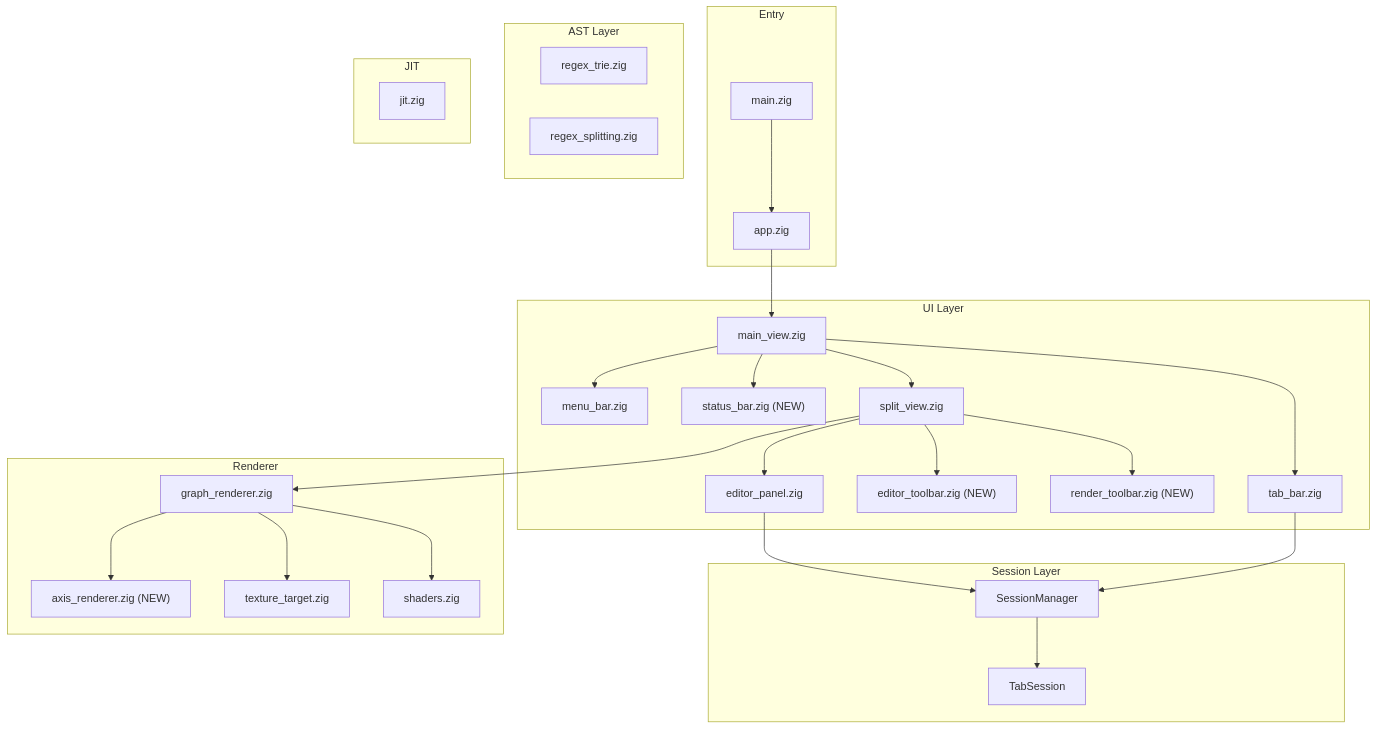
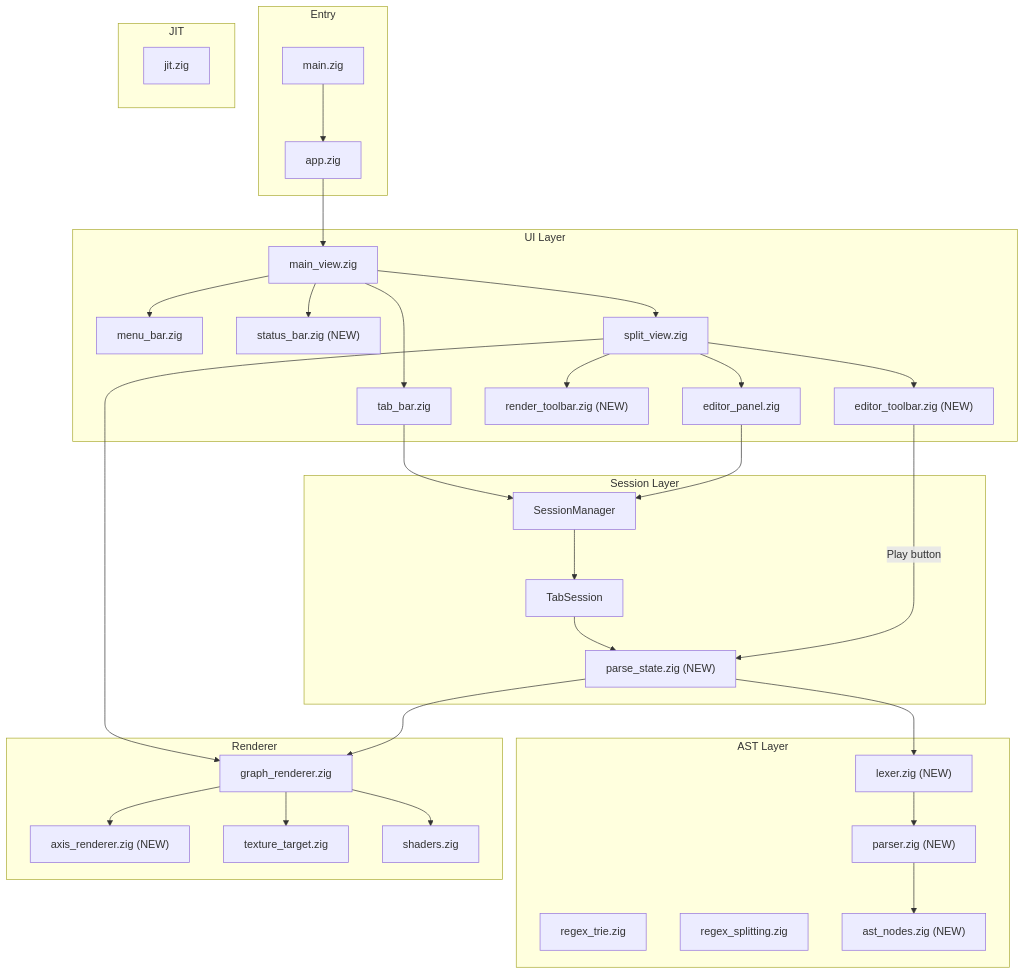
The first of 5 diagrams in project_plan.md (ThobiasKnudsen/Logos), drawn with Mermaid before and after one commit. The commit also changed other lines of this file, not shown here.

````diff
--- a/project_plan.md
+++ b/project_plan.md
@@ -9,45 +9,53 @@
 ```mermaid
 flowchart TB
     subgraph entry [Entry]
         Main["main.zig"]
         App["app.zig"]
     end
 
     subgraph ui [UI Layer]
         MainView["main_view.zig"]
         MenuBar["menu_bar.zig"]
         TabBar["tab_bar.zig"]
         StatusBar["status_bar.zig (NEW)"]
         EditorToolbar["editor_toolbar.zig (NEW)"]
         RenderToolbar["render_toolbar.zig (NEW)"]
         EditorPanel["editor_panel.zig"]
         SplitView["split_view.zig"]
     end
 
     subgraph session [Session Layer]
         SessionMgr["SessionManager"]
         TabSession["TabSession"]
+        ParseState["parse_state.zig (NEW)"]
     end
 
     subgraph ast [AST Layer]
         RegexTrie["regex_trie.zig"]
         RegexSplit["regex_splitting.zig"]
+        Lexer["lexer.zig (NEW)"]
+        Parser["parser.zig (NEW)"]
+        AstNodes["ast_nodes.zig (NEW)"]
     end
 
     subgraph render [Renderer]
         GraphRenderer["graph_renderer.zig"]
         AxisRenderer["axis_renderer.zig (NEW)"]
         TextureTarget["texture_target.zig"]
         Shaders["shaders.zig"]
     end
 
     subgraph jit [JIT]
         JitMod["jit.zig"]
     end
 
     Main --> App --> MainView
     MainView --> MenuBar & TabBar & SplitView & StatusBar
     SplitView --> EditorToolbar & EditorPanel & RenderToolbar & GraphRenderer
     TabBar & EditorPanel --> SessionMgr --> TabSession
+    TabSession --> ParseState
+    EditorToolbar -->|Play button| ParseState
+    ParseState --> Lexer --> Parser --> AstNodes
+    ParseState --> GraphRenderer
     GraphRenderer --> AxisRenderer & TextureTarget & Shaders
 ```
````
